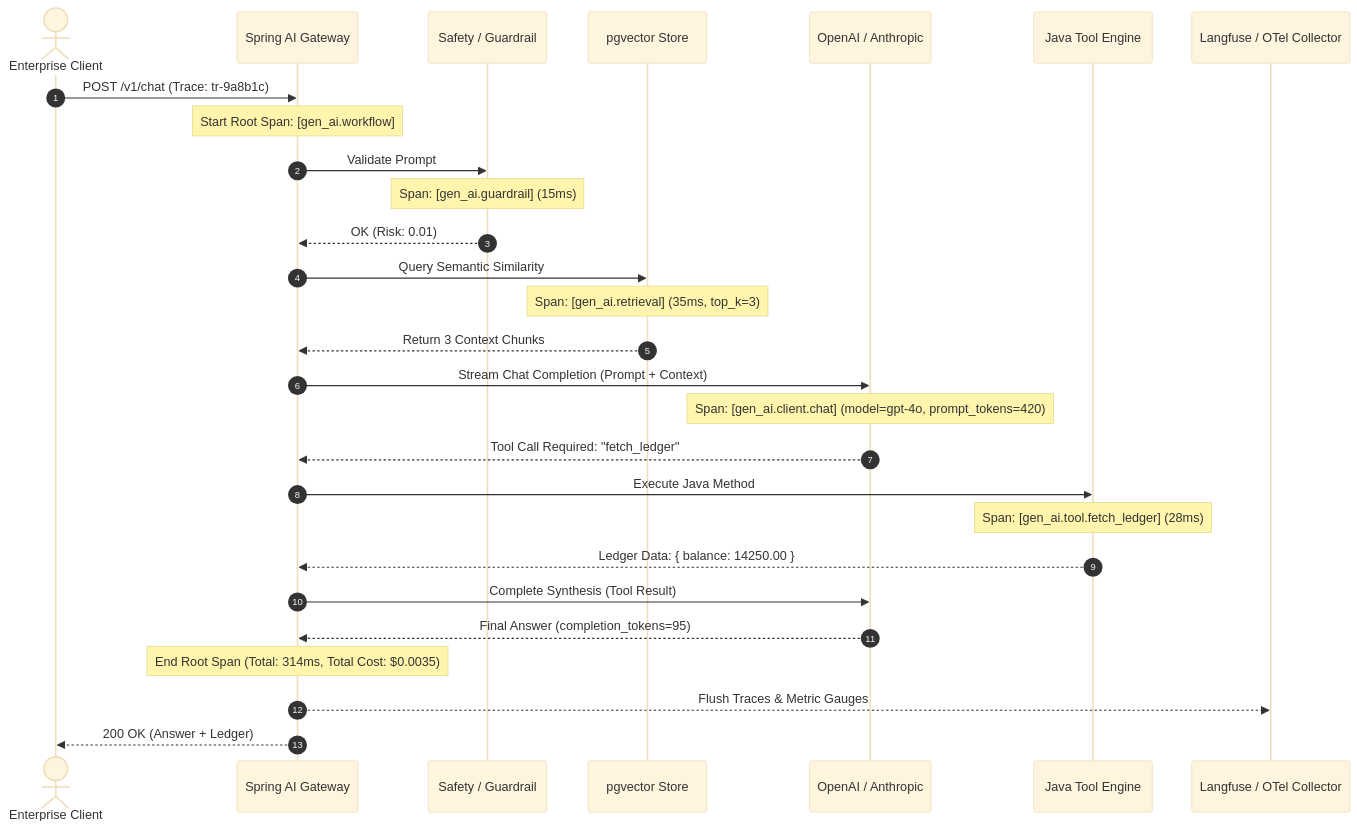
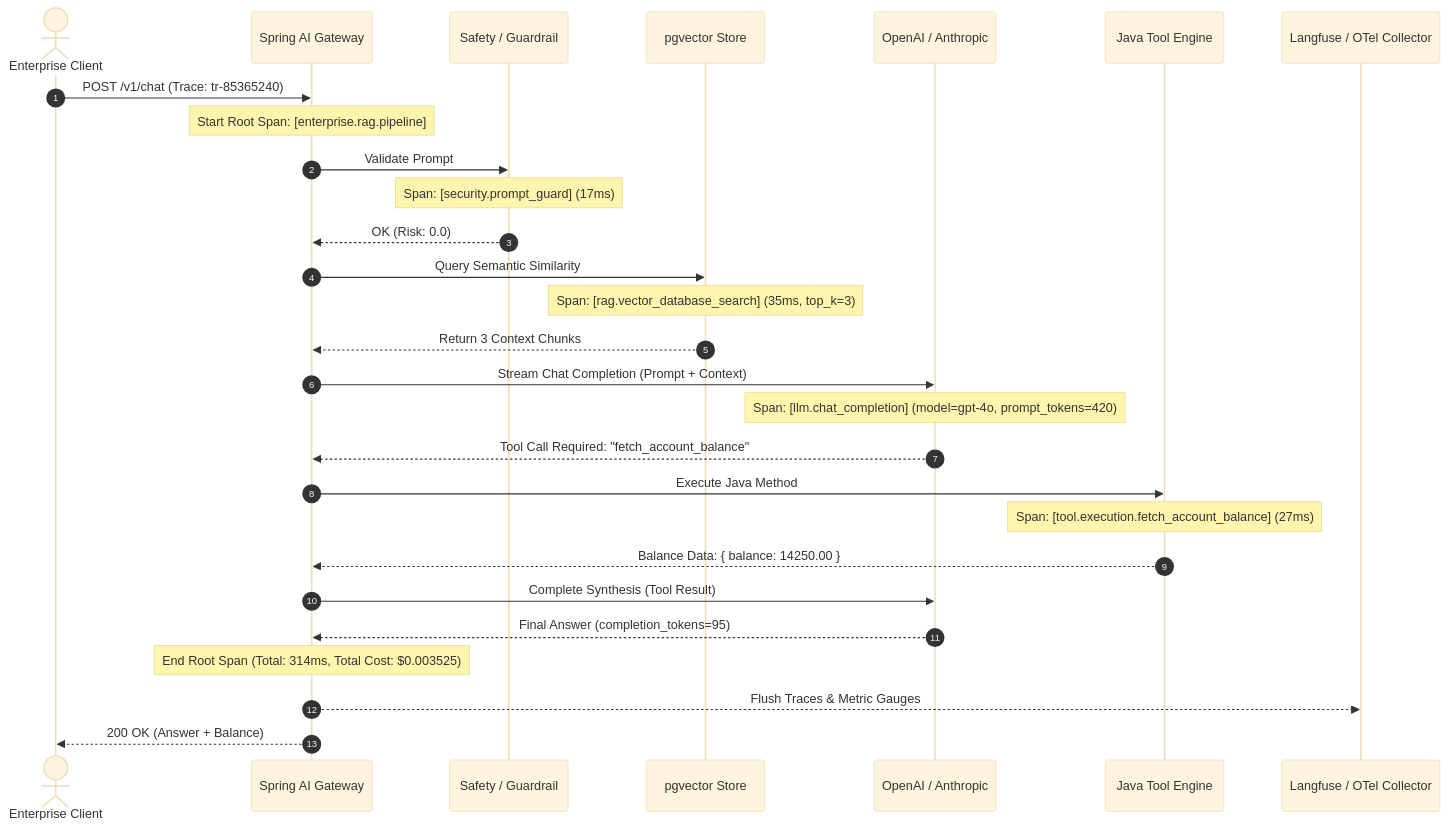
One commit to SrinuRenangi/Gen-AI-Java changed the diagram in Phase_08_Enterprise_Production/Day_52_Observability_OpenTelemetry_Langfuse/Day_52_Observability_OpenTelemetry_Langfuse.md. Above: the diagram before and after it, drawn with Mermaid (base theme). The commit also changed other lines of this file and 5 other files, not shown here.

````diff
--- a/Phase_08_Enterprise_Production/Day_52_Observability_OpenTelemetry_Langfuse/Day_52_Observability_OpenTelemetry_Langfuse.md
+++ b/Phase_08_Enterprise_Production/Day_52_Observability_OpenTelemetry_Langfuse/Day_52_Observability_OpenTelemetry_Langfuse.md
@@ -77,35 +169,35 @@
 ```mermaid
 sequenceDiagram
     autonumber
     actor User as Enterprise Client
     participant Gateway as Spring AI Gateway
     participant Guard as Safety / Guardrail
     participant VectorDB as pgvector Store
     participant LLM as OpenAI / Anthropic
     participant Tool as Java Tool Engine
     participant Langfuse as Langfuse / OTel Collector
 
-    User->>Gateway: POST /v1/chat (Trace: tr-9a8b1c)
-    Note over Gateway: Start Root Span: [gen_ai.workflow]
+    User->>Gateway: POST /v1/chat (Trace: tr-85365240)
+    Note over Gateway: Start Root Span: [enterprise.rag.pipeline]
     Gateway->>Guard: Validate Prompt
-    Note over Guard: Span: [gen_ai.guardrail] (15ms)
-    Guard-->>Gateway: OK (Risk: 0.01)
+    Note over Guard: Span: [security.prompt_guard] (17ms)
+    Guard-->>Gateway: OK (Risk: 0.0)
     
     Gateway->>VectorDB: Query Semantic Similarity
-    Note over VectorDB: Span: [gen_ai.retrieval] (35ms, top_k=3)
+    Note over VectorDB: Span: [rag.vector_database_search] (35ms, top_k=3)
     VectorDB-->>Gateway: Return 3 Context Chunks
     
     Gateway->>LLM: Stream Chat Completion (Prompt + Context)
-    Note over LLM: Span: [gen_ai.client.chat] (model=gpt-4o, prompt_tokens=420)
-    LLM-->>Gateway: Tool Call Required: "fetch_ledger"
+    Note over LLM: Span: [llm.chat_completion] (model=gpt-4o, prompt_tokens=420)
+    LLM-->>Gateway: Tool Call Required: "fetch_account_balance"
     
     Gateway->>Tool: Execute Java Method
-    Note over Tool: Span: [gen_ai.tool.fetch_ledger] (28ms)
-    Tool-->>Gateway: Ledger Data: { balance: 14250.00 }
+    Note over Tool: Span: [tool.execution.fetch_account_balance] (27ms)
+    Tool-->>Gateway: Balance Data: { balance: 14250.00 }
     
     Gateway->>LLM: Complete Synthesis (Tool Result)
     LLM-->>Gateway: Final Answer (completion_tokens=95)
-    Note over Gateway: End Root Span (Total: 314ms, Total Cost: $0.0035)
+    Note over Gateway: End Root Span (Total: 314ms, Total Cost: $0.003525)
     Gateway-->>Langfuse: Flush Traces & Metric Gauges
-    Gateway-->>User: 200 OK (Answer + Ledger)
+    Gateway-->>User: 200 OK (Answer + Balance)
 ```
````
